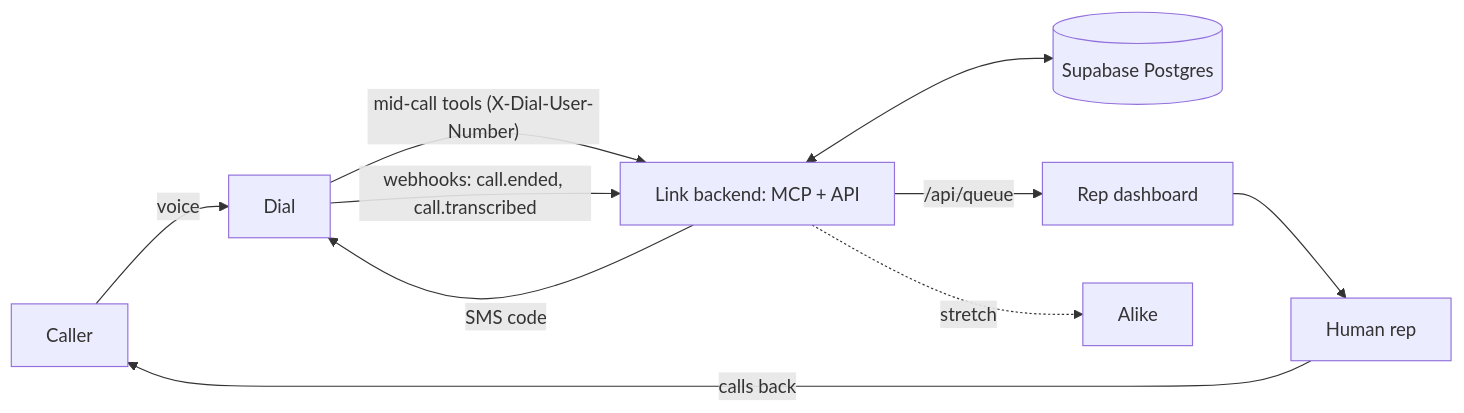
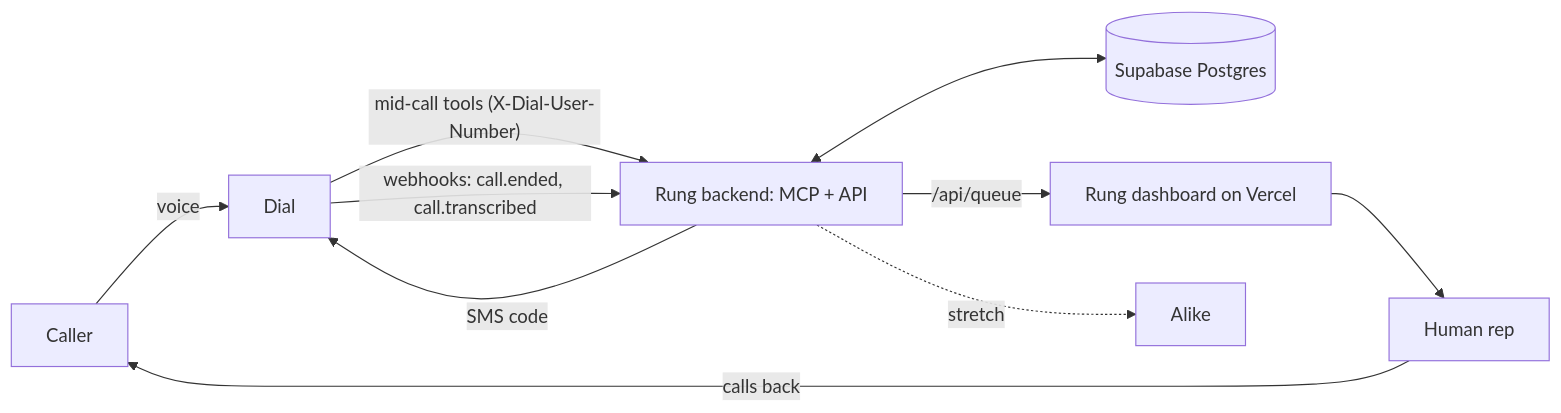
The diagram in vault/project/architecture.md (red0-x/Rung), drawn with Mermaid before and after one commit. The commit also changed other lines of this file and 5 other files, not shown here.

Commit message:
vault: rename Link → Rung, D5 multi-tenant, contract v3 #contract-change

````diff
--- a/vault/project/architecture.md
+++ b/vault/project/architecture.md
@@ -6,11 +6,11 @@
 ```mermaid
 flowchart LR
   Caller -- voice --> Dial
-  Dial -- "mid-call tools (X-Dial-User-Number)" --> Backend[Link backend: MCP + API]
+  Dial -- "mid-call tools (X-Dial-User-Number)" --> Backend[Rung backend: MCP + API]
   Dial -- "webhooks: call.ended, call.transcribed" --> Backend
   Backend -- "SMS code" --> Dial
   Backend <--> DB[(Supabase Postgres)]
-  Backend -- "/api/queue" --> Dashboard[Rep dashboard]
+  Backend -- "/api/queue" --> Dashboard[Rung dashboard on Vercel]
   Dashboard --> Rep[Human rep] -- calls back --> Caller
   Backend -. stretch .-> Alike
 ```
````
